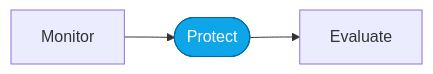
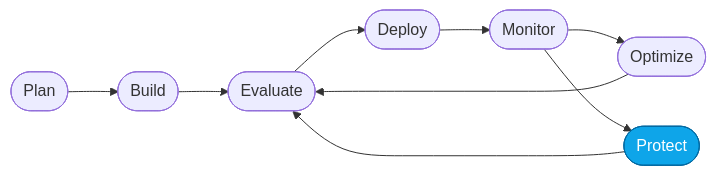
Before and after one commit to microsoft-foundry/agent-optimization-workshop: the diagram in labs/more/red-teaming.md, drawn with Mermaid. The commit also changed other lines of this file and 17 other files, not shown here.

````diff
--- a/labs/more/red-teaming.md
+++ b/labs/more/red-teaming.md
@@ -13,5 +14,7 @@
 ```mermaid
 flowchart LR
+    Plan([Plan]) --> Build([Build]) --> Evaluate([Evaluate]) --> Deploy([Deploy]) --> Monitor([Monitor]) --> Optimize([Optimize]) --> Evaluate
     Monitor --> Protect([Protect]):::active --> Evaluate
+
     classDef active fill:#0ea5e9,stroke:#0369a1,color:#fff;
 ```
````
